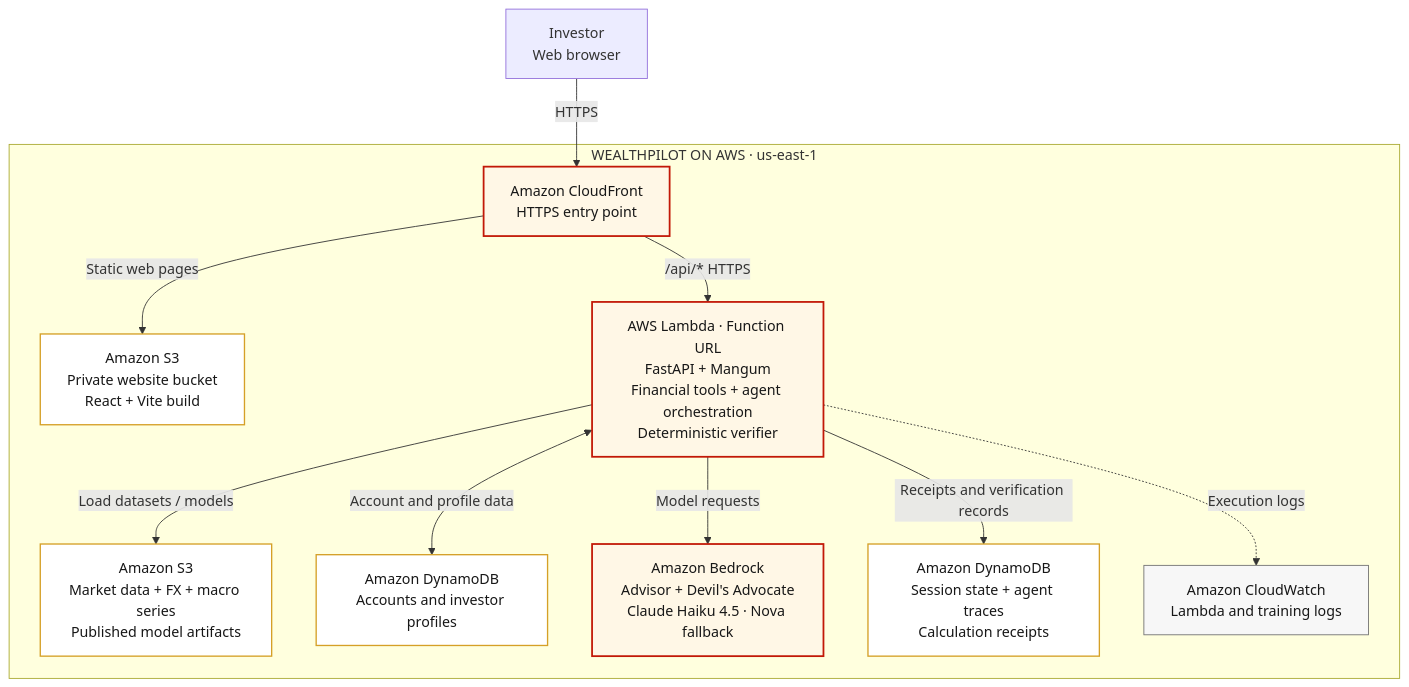
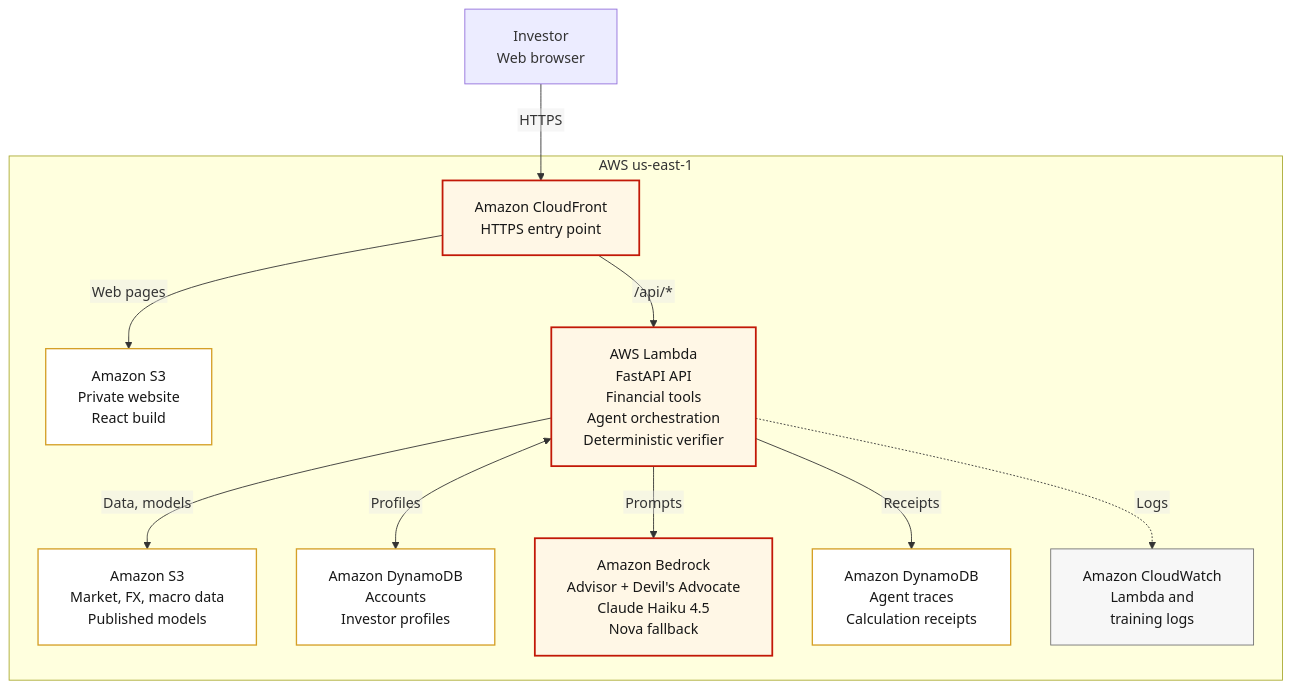
One commit to Juanita-HP/WealthPilot changed the first of 2 diagrams in docs/AWS_ARCHITECTURE.md. Above: the diagram before and after it, drawn with Mermaid. The commit also changed other lines of this file and 7 other files, not shown here.

First line of the commit message:
Fix clipped labels in the AWS diagrams; call the allocation simulated, not recommended

````diff
--- a/docs/AWS_ARCHITECTURE.md
+++ b/docs/AWS_ARCHITECTURE.md
@@ -13,32 +13,33 @@
 ```mermaid
+%%{init: {"flowchart": {"htmlLabels": false, "padding": 18, "nodeSpacing": 45, "rankSpacing": 55}}}%%
 flowchart TB
     USER["Investor<br/>Web browser"]
 
-    subgraph AWS["WEALTHPILOT ON AWS · us-east-1"]
+    subgraph AWS["AWS us-east-1"]
       CF["Amazon CloudFront<br/>HTTPS entry point"]
-      SITE["Amazon S3<br/>Private website bucket<br/>React + Vite build"]
-      API["AWS Lambda · Function URL<br/>FastAPI + Mangum<br/>Financial tools + agent orchestration<br/>Deterministic verifier"]
-      DATA["Amazon S3<br/>Market data + FX + macro series<br/>Published model artifacts"]
-      USERS["Amazon DynamoDB<br/>Accounts and investor profiles"]
-      BEDROCK["Amazon Bedrock<br/>Advisor + Devil's Advocate<br/>Claude Haiku 4.5 · Nova fallback"]
-      AUDIT["Amazon DynamoDB<br/>Session state + agent traces<br/>Calculation receipts"]
-      LOG["Amazon CloudWatch<br/>Lambda and training logs"]
+      SITE["Amazon S3<br/>Private website<br/>React build"]
+      API["AWS Lambda<br/>FastAPI API<br/>Financial tools<br/>Agent orchestration<br/>Deterministic verifier"]
+      DATA["Amazon S3<br/>Market, FX, macro data<br/>Published models"]
+      USERS["Amazon DynamoDB<br/>Accounts<br/>Investor profiles"]
+      BEDROCK["Amazon Bedrock<br/>Advisor + Devil's Advocate<br/>Claude Haiku 4.5<br/>Nova fallback"]
+      AUDIT["Amazon DynamoDB<br/>Agent traces<br/>Calculation receipts"]
+      LOG["Amazon CloudWatch<br/>Lambda and<br/>training logs"]
 
-      CF -->|"Static web pages"| SITE
-      CF -->|"/api/* HTTPS"| API
-      API -->|"Load datasets / models"| DATA
-      API <-->|"Account and profile data"| USERS
-      API -->|"Model requests"| BEDROCK
-      API -->|"Receipts and verification records"| AUDIT
-      API -.->|"Execution logs"| LOG
+      CF -->|"Web pages"| SITE
+      CF -->|"/api/*"| API
+      API -->|"Data, models"| DATA
+      API <-->|"Profiles"| USERS
+      API -->|"Prompts"| BEDROCK
+      API -->|"Receipts"| AUDIT
+      API -.->|"Logs"| LOG
     end
 
     USER -->|"HTTPS"| CF
 
     classDef primary fill:#fff7e6,stroke:#c21807,color:#171717,stroke-width:2px
     classDef storage fill:#ffffff,stroke:#d5a027,color:#171717,stroke-width:1.5px
     classDef observer fill:#f7f7f7,stroke:#737373,color:#171717
     class CF,API,BEDROCK primary
     class SITE,DATA,USERS,AUDIT storage
     class LOG observer
 ```
````
